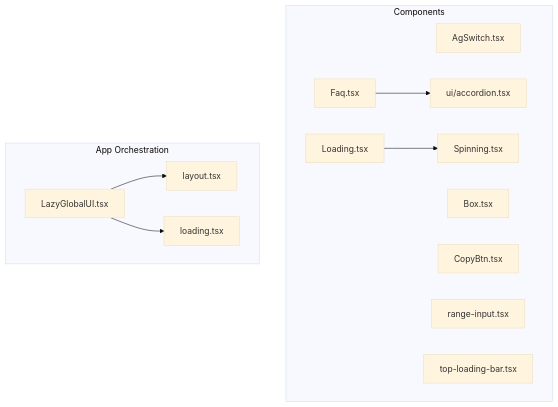
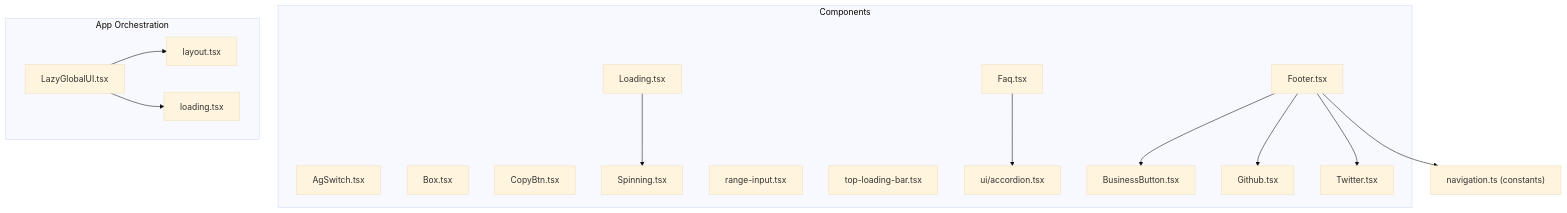
The first of 13 diagrams in .qoder/repowiki/en/content/Component Library.md (flaqai/flaq-saas-template), drawn with Mermaid (base theme) before and after one commit. The commit also changed other lines of this file and 3 other files, not shown here.

````diff
--- a/.qoder/repowiki/en/content/Component Library.md
+++ b/.qoder/repowiki/en/content/Component Library.md
@@ -42,23 +55,32 @@
 ```mermaid
 graph TB
 subgraph "Components"
 A["AgSwitch.tsx"]
 B["Box.tsx"]
 C["CopyBtn.tsx"]
 D["Faq.tsx"]
 E["Loading.tsx"]
 F["Spinning.tsx"]
 G["range-input.tsx"]
 H["top-loading-bar.tsx"]
 I["ui/accordion.tsx"]
+J["Footer.tsx"]
+K["BusinessButton.tsx"]
+L["Github.tsx"]
+M["Twitter.tsx"]
 end
 subgraph "App Orchestration"
-J["LazyGlobalUI.tsx"]
-K["layout.tsx"]
-L["loading.tsx"]
+N["LazyGlobalUI.tsx"]
+O["layout.tsx"]
+P["loading.tsx"]
 end
+Q["navigation.ts (constants)"]
 D --> I
 E --> F
 J --> K
 J --> L
+J --> M
+J --> Q
+N --> O
+N --> P
 ```
````
